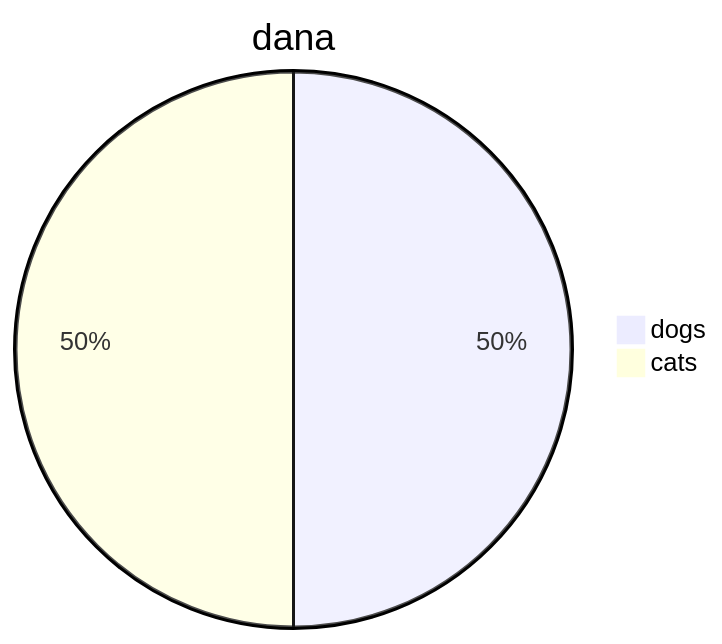
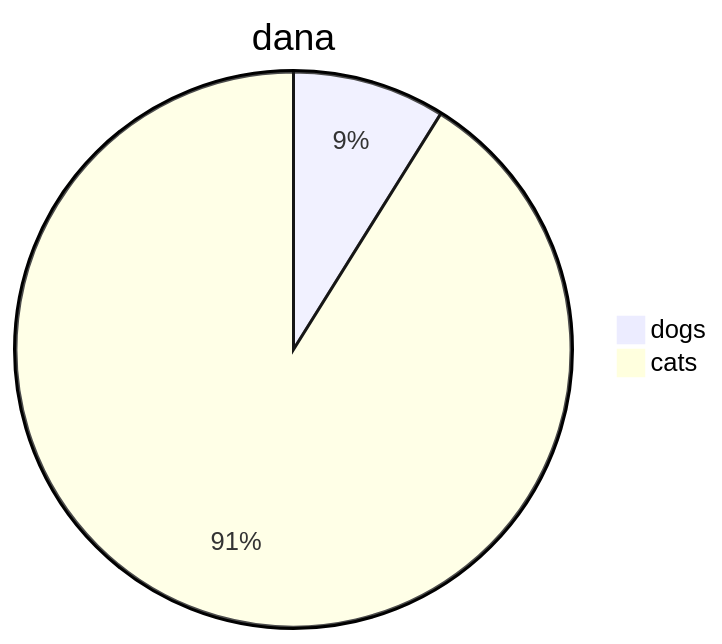
One commit to TalPeretzSwimm/Tal-github-app changed the third of 3 diagrams in .swm/testing-mermaid-for-release-try-3.pwqtu.sw.md. Above: the diagram before and after it, drawn with Mermaid. The commit also changed other lines of this file, not shown here.

Commit message:
docs(swimm): update swimms: "Testing Mermaid for release - try 3"

````diff
--- a/.swm/testing-mermaid-for-release-try-3.pwqtu.sw.md
+++ b/.swm/testing-mermaid-for-release-try-3.pwqtu.sw.md
@@ -25,5 +37,5 @@
 ```mermaid
-pie title dana 
-"dogs": 12 
-"cats": 12
+pie title dana
+ "dogs": 12
+ "cats": 123
 ```
````
